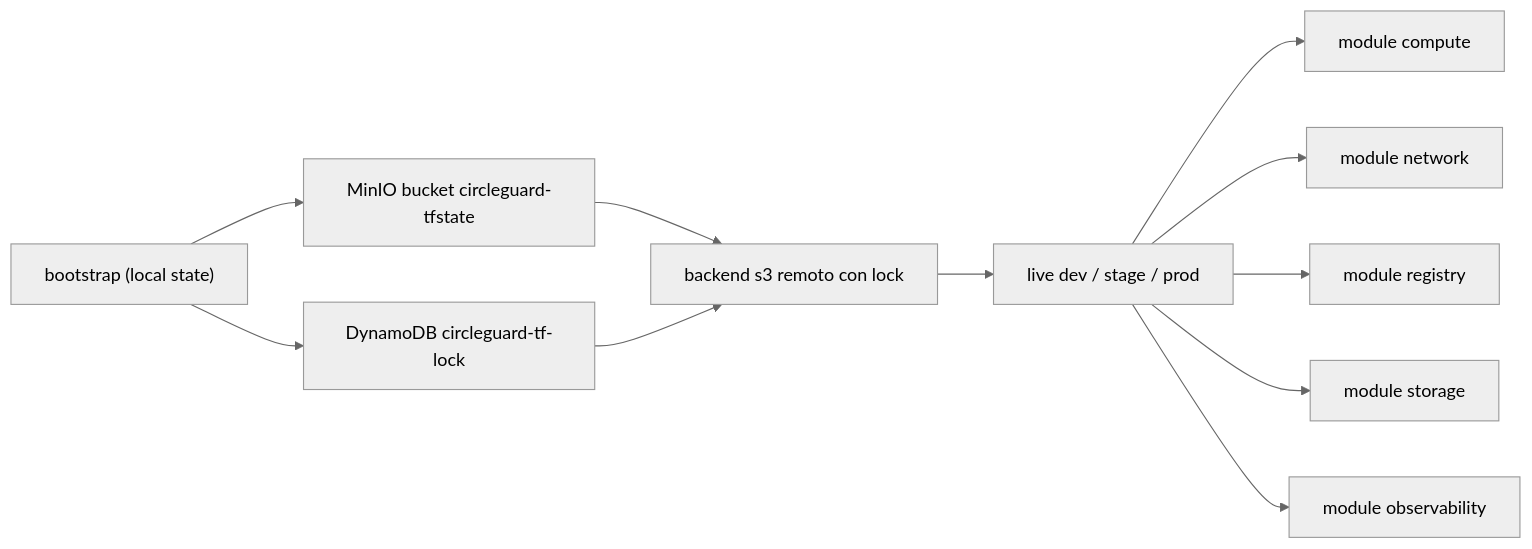
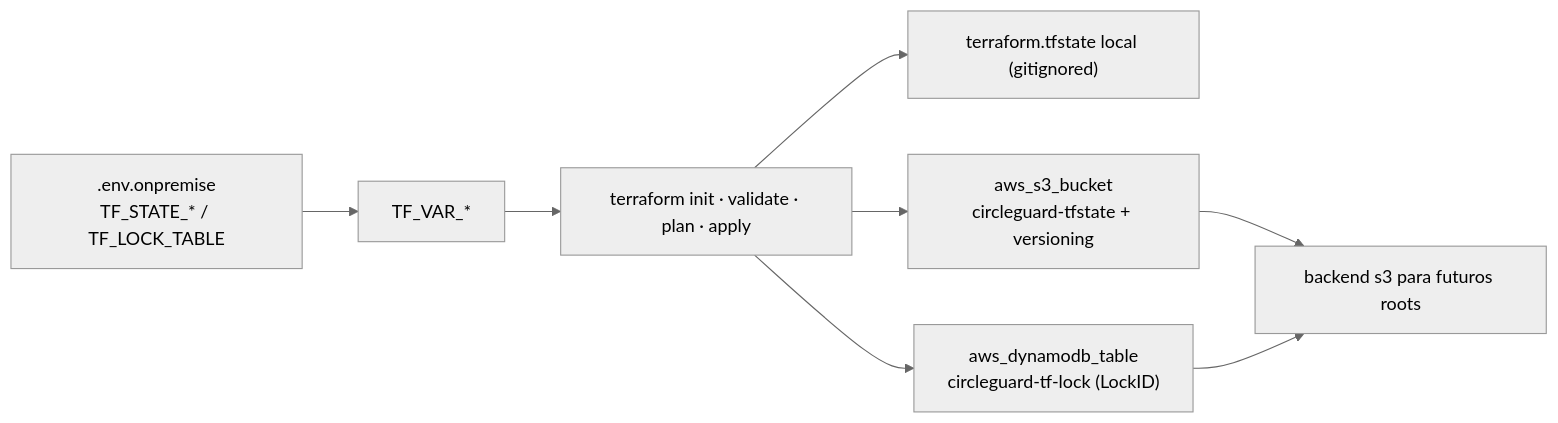
Before and after one commit to ingesoft5/circle-guard-finalproject-A00401805-A00405090-A00401428-A00377013: the second of 3 diagrams in docs/diagramas/README.md, drawn with Mermaid (neutral theme). The commit also changed other lines of this file and 68 other files, not shown here.

First line of the commit message:
refactor ( infra ) : reduce terraform to on-prem state backend

````diff
--- a/docs/diagramas/README.md
+++ b/docs/diagramas/README.md
@@ -37,13 +39,10 @@
 ```mermaid
 flowchart LR
-  BOOT["bootstrap (local state)"] --> S3["MinIO bucket circleguard-tfstate"]
-  BOOT --> LOCK["DynamoDB circleguard-tf-lock"]
-  S3 --> BACKEND["backend s3 remoto con lock"]
+  ENV[".env.onpremise<br/>TF_STATE_* / TF_LOCK_TABLE"] --> VAR["TF_VAR_*"]
+  VAR --> TF["terraform init · validate · plan · apply"]
+  TF --> LOCAL["terraform.tfstate local (gitignored)"]
+  TF --> S3["aws_s3_bucket<br/>circleguard-tfstate + versioning"]
+  TF --> LOCK["aws_dynamodb_table<br/>circleguard-tf-lock (LockID)"]
+  S3 --> BACKEND["backend s3 para futuros roots"]
   LOCK --> BACKEND
-  BACKEND --> LIVE["live dev / stage / prod"]
-  LIVE --> COMP["module compute"]
-  LIVE --> NET["module network"]
-  LIVE --> REG["module registry"]
-  LIVE --> STO["module storage"]
-  LIVE --> OBS["module observability"]
 ```
````
